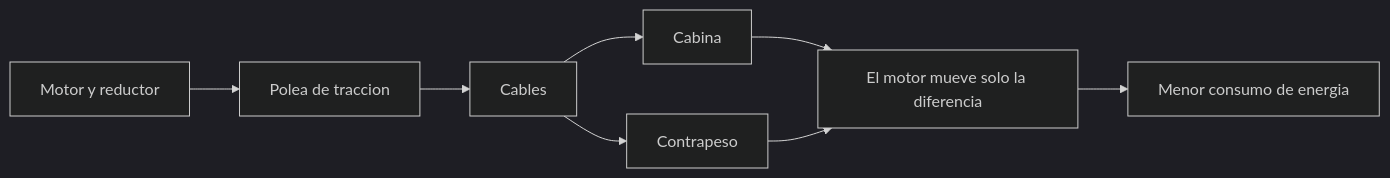
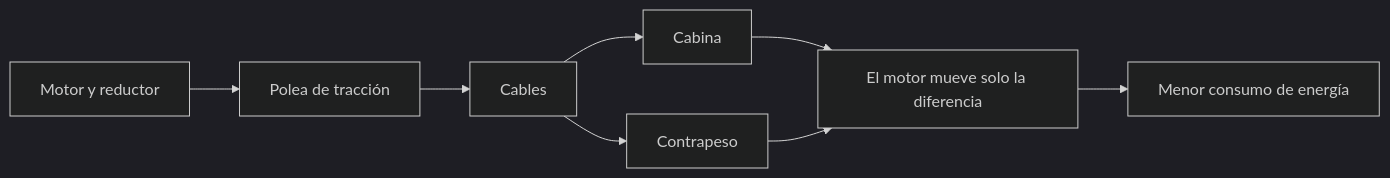
One commit to vladimiracunadev-create/machine-operator-program changed the diagram in vehiculos/ascensores/recursos/recursos-ascensor.md. Above: the diagram before and after it, drawn with Mermaid (dark theme). The commit also changed other lines of this file and 442 other files, not shown here.

````diff
--- a/vehiculos/ascensores/recursos/recursos-ascensor.md
+++ b/vehiculos/ascensores/recursos/recursos-ascensor.md
@@ -28,10 +28,10 @@
 ```mermaid
 flowchart LR
-    Motor[Motor y reductor] --> Polea[Polea de traccion]
+    Motor[Motor y reductor] --> Polea[Polea de tracción]
     Polea --> Cable[Cables]
     Cable --> Cabina[Cabina]
     Cable --> Contrapeso[Contrapeso]
     Cabina --> Equilibrio[El motor mueve solo la diferencia]
     Contrapeso --> Equilibrio
-    Equilibrio --> Ahorro[Menor consumo de energia]
+    Equilibrio --> Ahorro[Menor consumo de energía]
 ```
````
